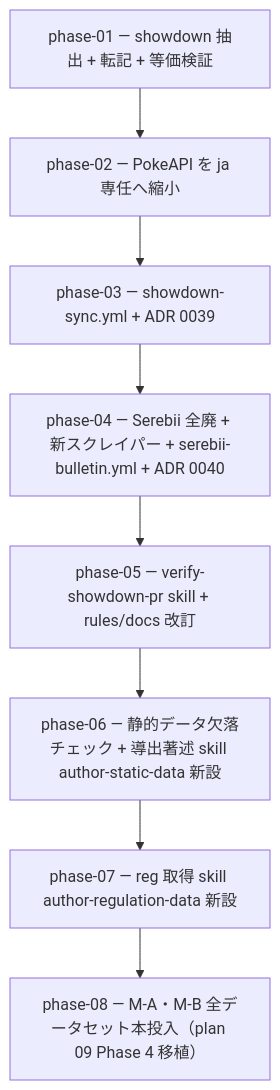
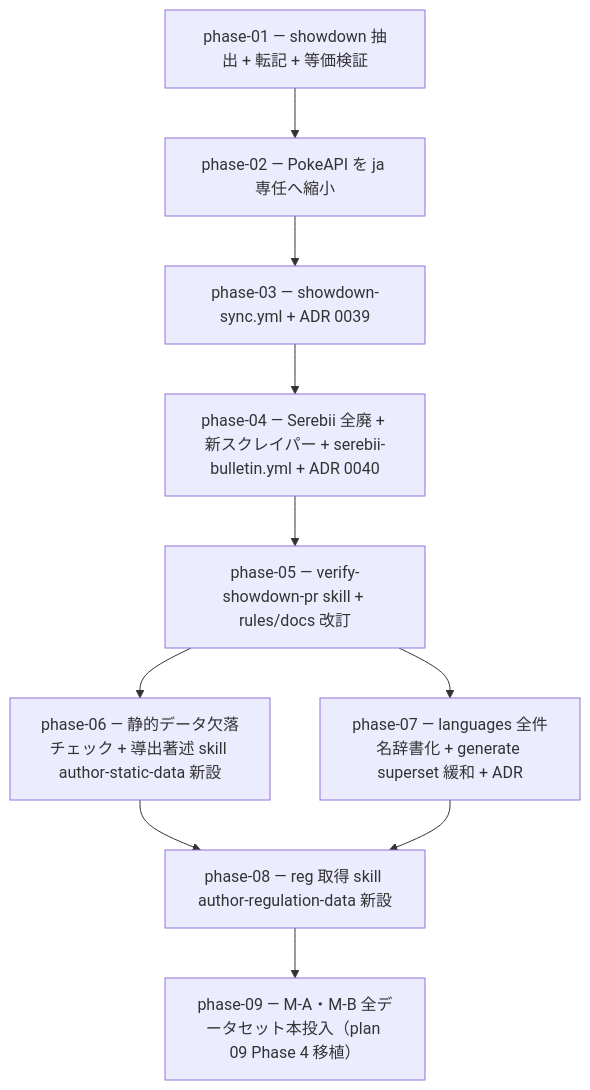
One commit to subroh0508/pokeform changed the diagram in docs/roadmap/10-showdown-first-data/README.md. Above: the diagram before and after it, drawn with Mermaid. The commit also changed other lines of this file and 10 other files, not shown here.

First line of the commit message:
docs(roadmap): plan 10 に languages 全件辞書化 phase を挿入（本投入 → Phase 9）

````diff
--- a/docs/roadmap/10-showdown-first-data/README.md
+++ b/docs/roadmap/10-showdown-first-data/README.md
@@ -9,10 +9,12 @@
 ```mermaid
 flowchart TD
     P1[phase-01 — showdown 抽出 + 転記 + 等価検証] --> P2[phase-02 — PokeAPI を ja 専任へ縮小]
     P2 --> P3[phase-03 — showdown-sync.yml + ADR 0039]
     P3 --> P4[phase-04 — Serebii 全廃 + 新スクレイパー + serebii-bulletin.yml + ADR 0040]
     P4 --> P5[phase-05 — verify-showdown-pr skill + rules/docs 改訂]
     P5 --> P6[phase-06 — 静的データ欠落チェック + 導出著述 skill author-static-data 新設]
-    P6 --> P7[phase-07 — reg 取得 skill author-regulation-data 新設]
-    P7 --> P8[phase-08 — M-A・M-B 全データセット本投入（plan 09 Phase 4 移植）]
+    P5 --> P7[phase-07 — languages 全件名辞書化 + generate superset 緩和 + ADR]
+    P6 --> P8[phase-08 — reg 取得 skill author-regulation-data 新設]
+    P7 --> P8
+    P8 --> P9[phase-09 — M-A・M-B 全データセット本投入（plan 09 Phase 4 移植）]
 ```
````
